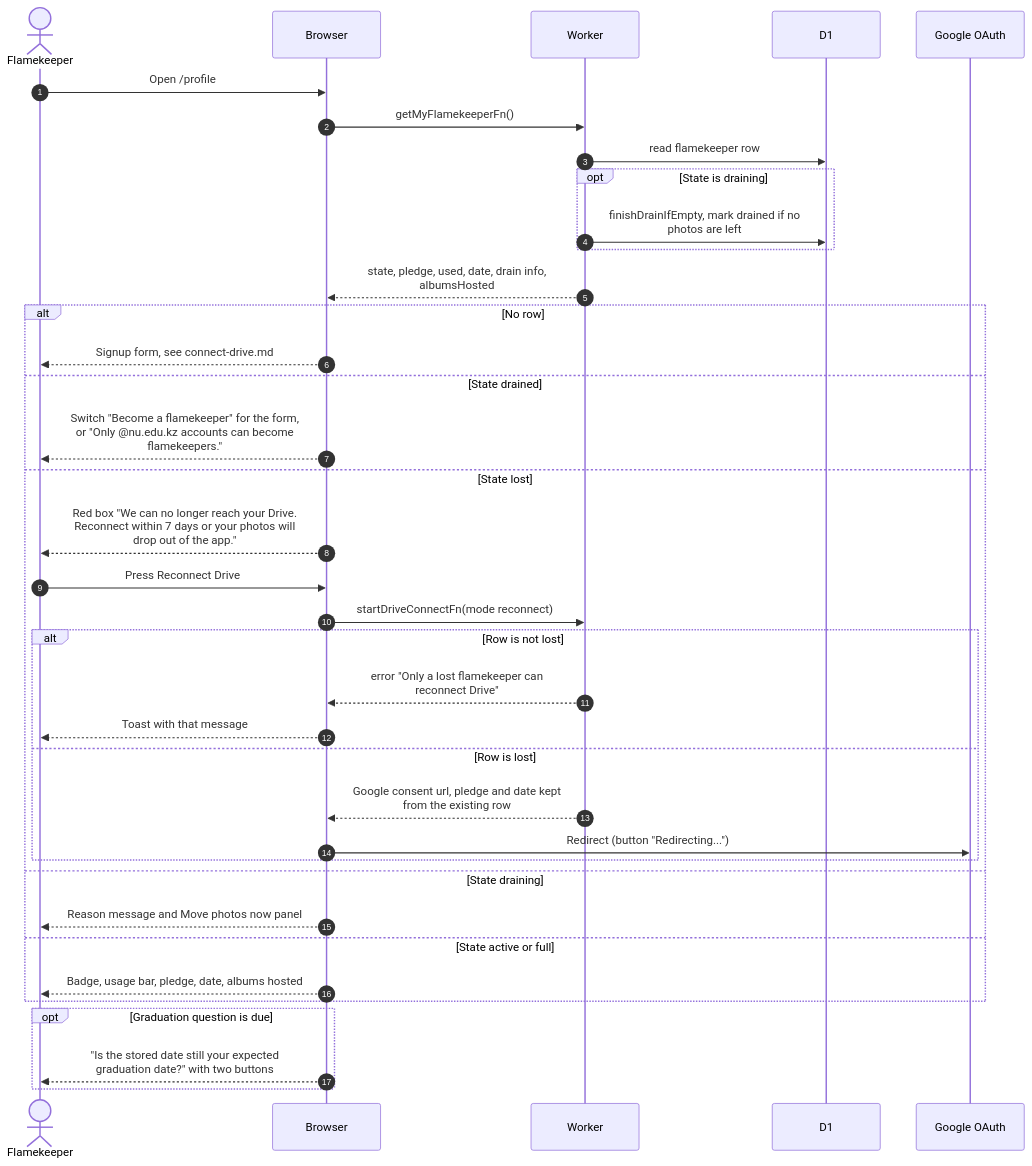
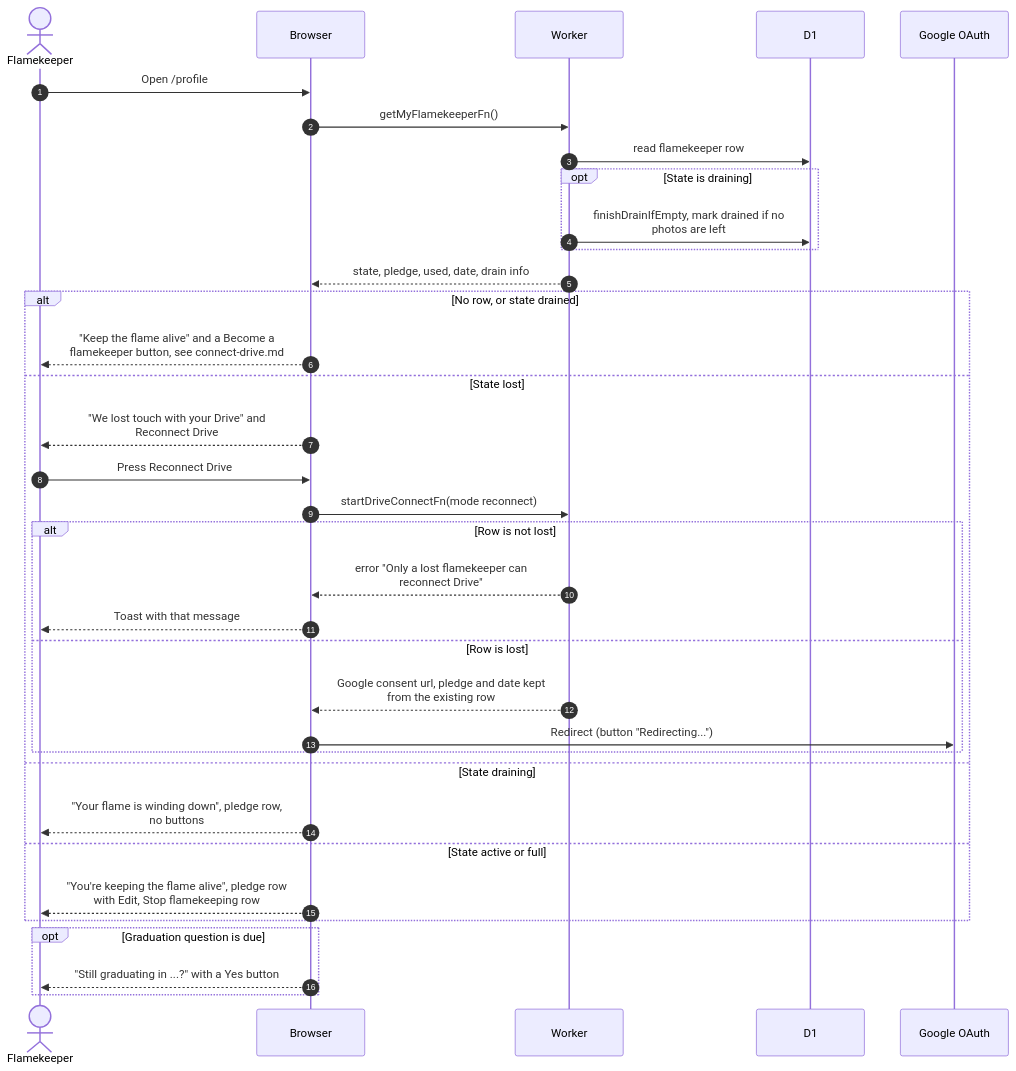
The diagram in docs/scenarios/flamekeepers/profile-card.md (sagyzdop/meriksirat), drawn with Mermaid before and after one commit. The commit also changed other lines of this file and 33 other files, not shown here.

````diff
--- a/docs/scenarios/flamekeepers/profile-card.md
+++ b/docs/scenarios/flamekeepers/profile-card.md
@@ -35,39 +44,37 @@
 ```mermaid
 sequenceDiagram
     autonumber
     actor F as Flamekeeper
     participant Browser
     participant Worker
     participant D1
     participant GO as Google OAuth
     F->>Browser: Open /profile
     Browser->>Worker: getMyFlamekeeperFn()
     Worker->>D1: read flamekeeper row
     opt State is draining
         Worker->>D1: finishDrainIfEmpty, mark drained if no<br/>photos are left
     end
-    Worker-->>Browser: state, pledge, used, date, drain info,<br/>albumsHosted
-    alt No row
-        Browser-->>F: Signup form, see connect-drive.md
-    else State drained
-        Browser-->>F: Switch "Become a flamekeeper" for the form,<br/>or "Only @nu.edu.kz accounts can become<br/>flamekeepers."
+    Worker-->>Browser: state, pledge, used, date, drain info
+    alt No row, or state drained
+        Browser-->>F: "Keep the flame alive" and a Become a<br/>flamekeeper button, see connect-drive.md
     else State lost
-        Browser-->>F: Red box "We can no longer reach your Drive.<br/>Reconnect within 7 days or your photos will<br/>drop out of the app."
+        Browser-->>F: "We lost touch with your Drive" and<br/>Reconnect Drive
         F->>Browser: Press Reconnect Drive
         Browser->>Worker: startDriveConnectFn(mode reconnect)
         alt Row is not lost
             Worker-->>Browser: error "Only a lost flamekeeper can<br/>reconnect Drive"
             Browser-->>F: Toast with that message
         else Row is lost
             Worker-->>Browser: Google consent url, pledge and date kept<br/>from the existing row
             Browser->>GO: Redirect (button "Redirecting...")
         end
     else State draining
-        Browser-->>F: Reason message and Move photos now panel
+        Browser-->>F: "Your flame is winding down", pledge row,<br/>no buttons
     else State active or full
-        Browser-->>F: Badge, usage bar, pledge, date, albums hosted
+        Browser-->>F: "You're keeping the flame alive", pledge row<br/>with Edit, Stop flamekeeping row
     end
     opt Graduation question is due
-        Browser-->>F: "Is the stored date still your expected<br/>graduation date?" with two buttons
+        Browser-->>F: "Still graduating in ...?" with a Yes button
     end
 ```
````
